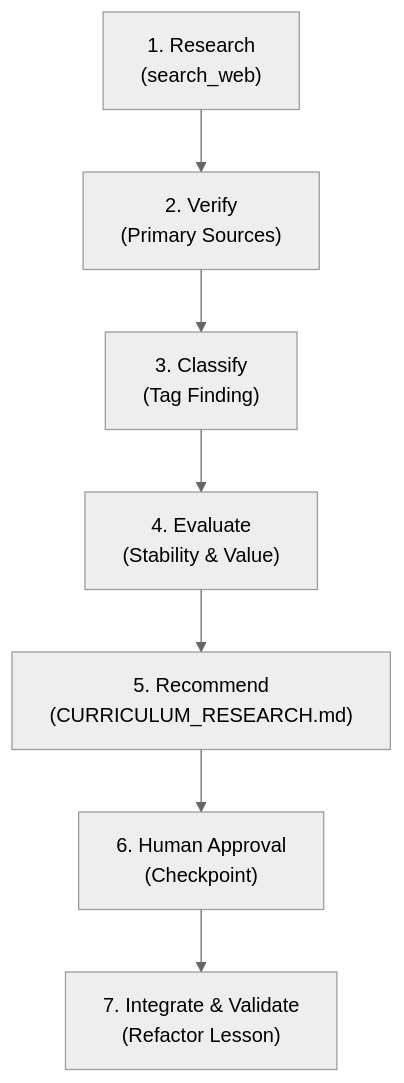
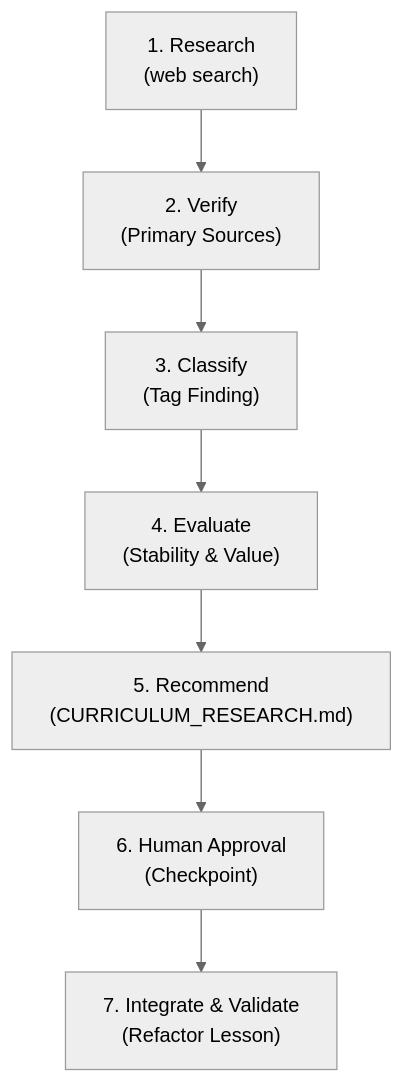
One commit to dip4k/senior-engineer-to-ai-engineer-roadmap changed the diagram in .agents/skills/ai-curriculum-refactoring/references/research-guidelines.md. Above: the diagram before and after it, drawn with Mermaid (neutral theme). The commit also changed other lines of this file and 49 other files, not shown here.

````diff
--- a/.agents/skills/ai-curriculum-refactoring/references/research-guidelines.md
+++ b/.agents/skills/ai-curriculum-refactoring/references/research-guidelines.md
@@ -25,9 +25,9 @@
 ```mermaid
 flowchart TD
-    S1["1. Research<br>(search_web)"] --> S2["2. Verify<br>(Primary Sources)"]
+    S1["1. Research<br>(web search)"] --> S2["2. Verify<br>(Primary Sources)"]
     S2 --> S3["3. Classify<br>(Tag Finding)"]
     S3 --> S4["4. Evaluate<br>(Stability & Value)"]
     S4 --> S5["5. Recommend<br>(CURRICULUM_RESEARCH.md)"]
     S5 --> S6["6. Human Approval<br>(Checkpoint)"]
     S6 --> S7["7. Integrate & Validate<br>(Refactor Lesson)"]
 ```
````
